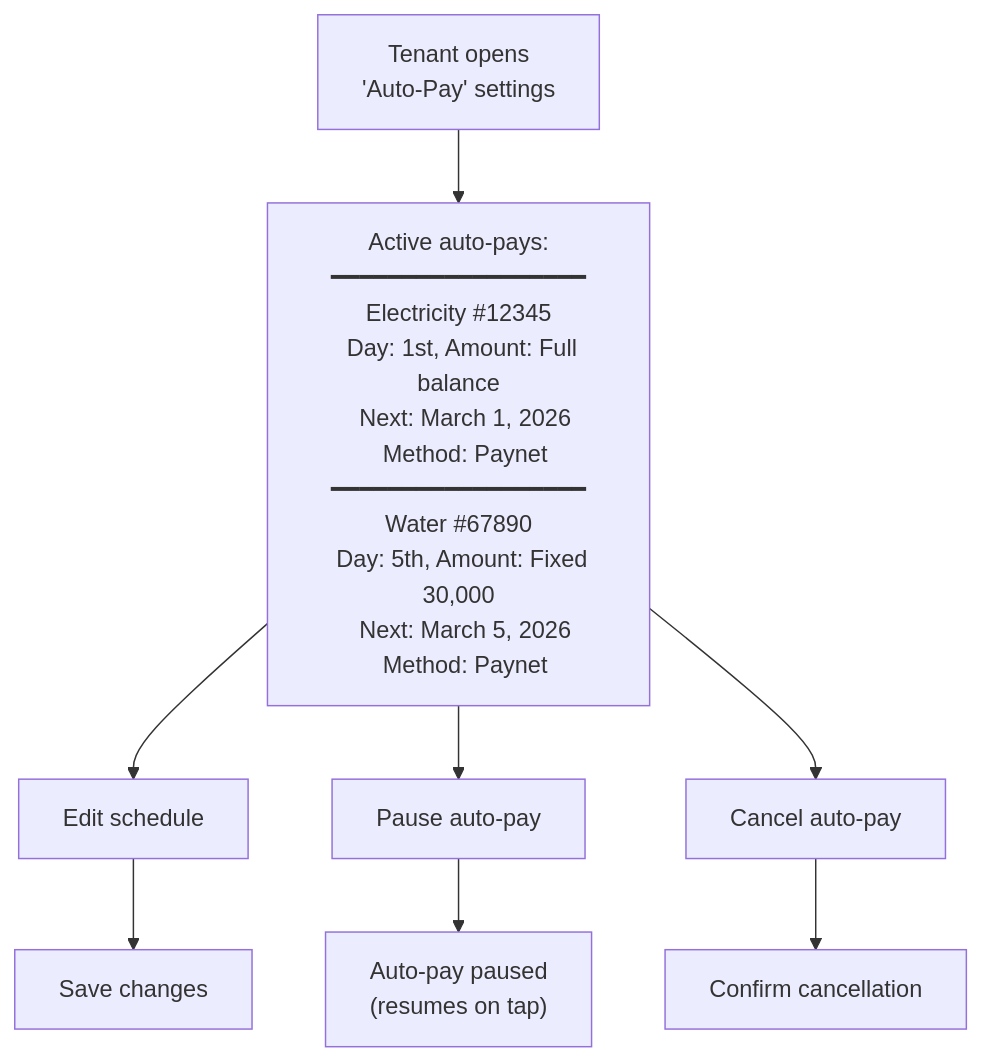
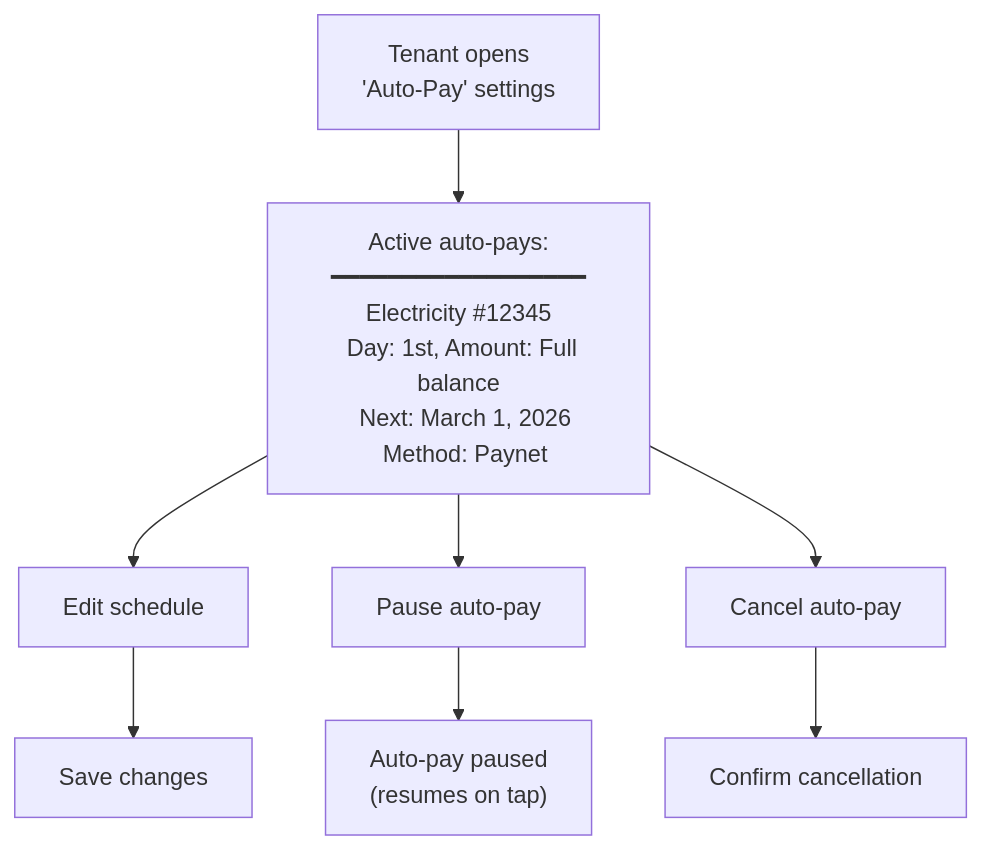
Before and after one commit to saodatm-dev/Utilities---Informational-Architecture: the sixth of 10 diagrams in utilities-payment-userflow.md, drawn with Mermaid. The commit also changed other lines of this file and 8 other files, not shown here.

Commit message:
feat: Refine utility payment user flow by making owner-pre-filled account numbers read-only for tenants, streamlining payment options, and removing outdated assets.

````diff
--- a/utilities-payment-userflow.md
+++ b/utilities-payment-userflow.md
@@ -197,13 +189,13 @@
 ```mermaid
 flowchart TD
-    MANAGE["Tenant opens<br/>'Auto-Pay' settings"] --> LIST["Active auto-pays:<br/>━━━━━━━━━━━━━━━━━━<br/>Electricity #12345<br/>  Day: 1st, Amount: Full balance<br/>  Next: March 1, 2026<br/>  Method: Paynet<br/>━━━━━━━━━━━━━━━━━━<br/>Water #67890<br/>  Day: 5th, Amount: Fixed 30,000<br/>  Next: March 5, 2026<br/>  Method: Paynet"]
+    MANAGE["Tenant opens<br/>'Auto-Pay' settings"] --> LIST["Active auto-pays:<br/>━━━━━━━━━━━━━━━━━━<br/>Electricity #12345<br/>  Day: 1st, Amount: Full balance<br/>  Next: March 1, 2026<br/>  Method: Paynet"]
 
     LIST --> EDIT["Edit schedule"]
     LIST --> PAUSE["Pause auto-pay"]
     LIST --> DELETE["Cancel auto-pay"]
 
     EDIT --> SAVE["Save changes"]
     PAUSE --> PAUSED["Auto-pay paused<br/>(resumes on tap)"]
     DELETE --> CONFIRM["Confirm cancellation"]
 
 ```
````
